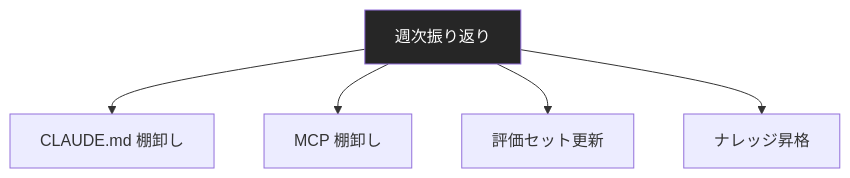
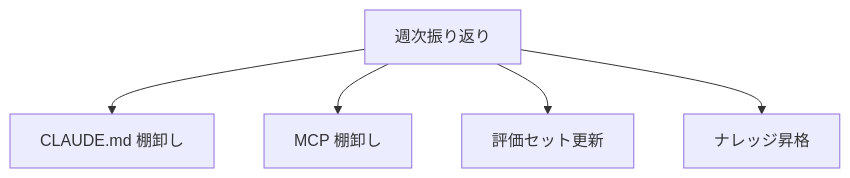
The fifth of 5 diagrams in docs/techniques/エージェントと協業する-1-日のワークフロー.md (dinekt/dinekt-wiki), drawn with Mermaid before and after one commit. The commit also changed other lines of this file and 70 other files, not shown here.

First line of the commit message:
fix(mermaid): strip all inline styling, rely on theme

````diff
--- a/docs/techniques/エージェントと協業する-1-日のワークフロー.md
+++ b/docs/techniques/エージェントと協業する-1-日のワークフロー.md
@@ -134,9 +125,8 @@
 ```mermaid
 flowchart TD
     W[週次振り返り] --> C[CLAUDE.md 棚卸し]
     W --> M[MCP 棚卸し]
     W --> E[評価セット更新]
     W --> K[ナレッジ昇格]
 
-    style W fill:#262626,color:#fff
 ```
````
